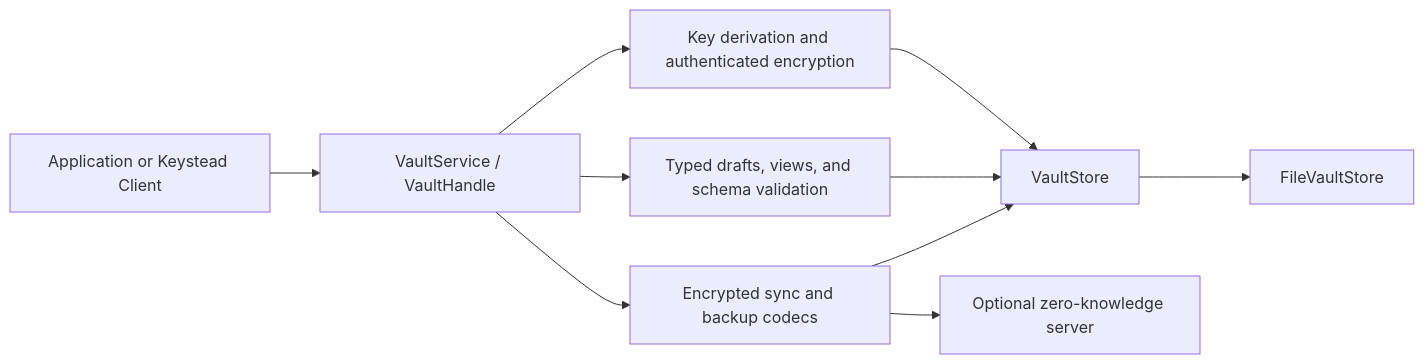
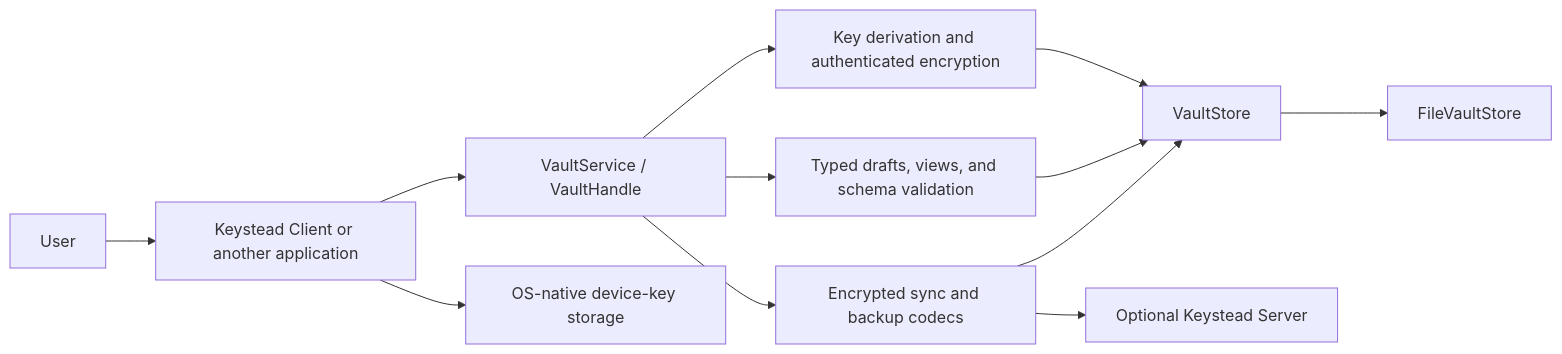
Before and after one commit to MidCoard/keystead: the diagram in README.md, drawn with Mermaid. The commit also changed other lines of this file, not shown here.

Commit message:
Rewrite Core README for the Keystead ecosystem

````diff
--- a/README.md
+++ b/README.md
@@ -37,12 +53,14 @@
 ```mermaid
 flowchart LR
-    App["Application or Keystead Client"] --> API["VaultService / VaultHandle"]
+    User["User"] --> Client["Keystead Client or another application"]
+    Client --> API["VaultService / VaultHandle"]
     API --> Schema["Typed drafts, views, and schema validation"]
     API --> Crypto["Key derivation and authenticated encryption"]
     API --> Sync["Encrypted sync and backup codecs"]
     Crypto --> Store["VaultStore"]
     Schema --> Store
     Sync --> Store
     Store --> File["FileVaultStore"]
-    Sync --> Server["Optional zero-knowledge server"]
+    Client --> OS["OS-native device-key storage"]
+    Sync --> Server["Optional Keystead Server"]
 ```
````
